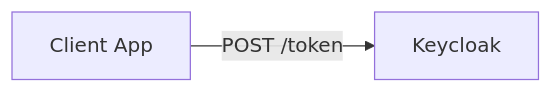
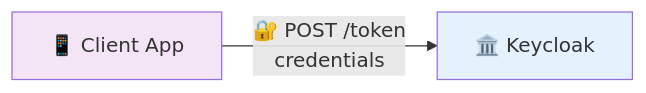
One commit to lele-maxwell/adorsys-gis-blog3 changed the second of 5 diagrams in docs/blog/direct-access-grant/slides.md. Above: the diagram before and after it, drawn with Mermaid. The commit also changed other lines of this file, not shown here.

Commit message:
Fix slides.md file to have a better explanation of what the process and what it does and correct explanation of the Direct grant flow

````diff
--- a/docs/blog/direct-access-grant/slides.md
+++ b/docs/blog/direct-access-grant/slides.md
@@ -64,4 +73,7 @@
 ```mermaid
-graph LR
-    A[Client App] -->|POST /token| B[Keycloak]
+flowchart LR
+    A[📱 Client App] -->|"🔐 POST /token<br/>credentials"| B[🏛️ Keycloak]
+    
+    style A fill:#f3e5f5
+    style B fill:#e3f2fd
 ```
````
